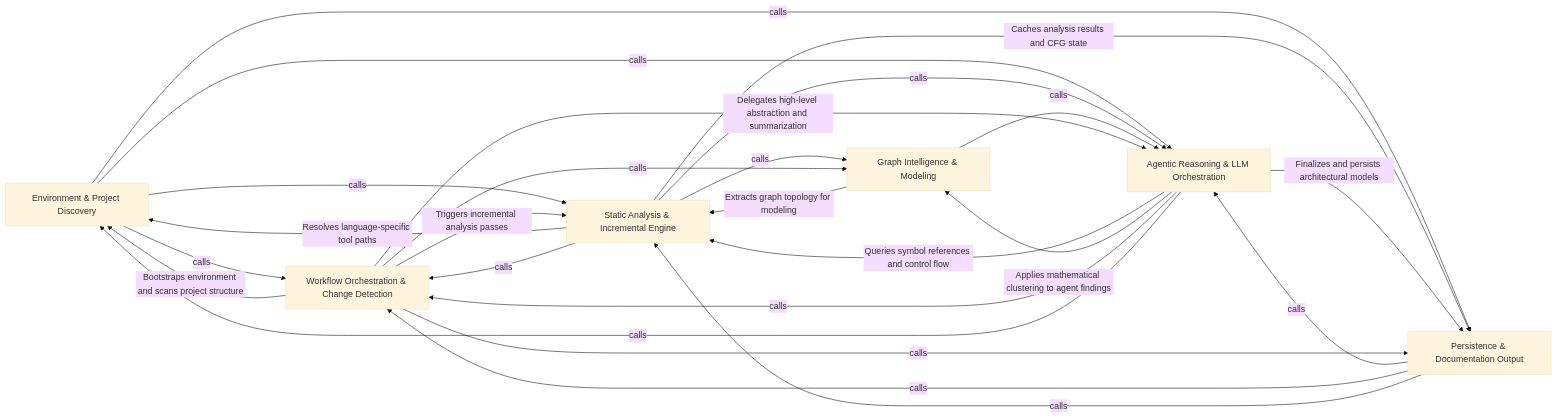
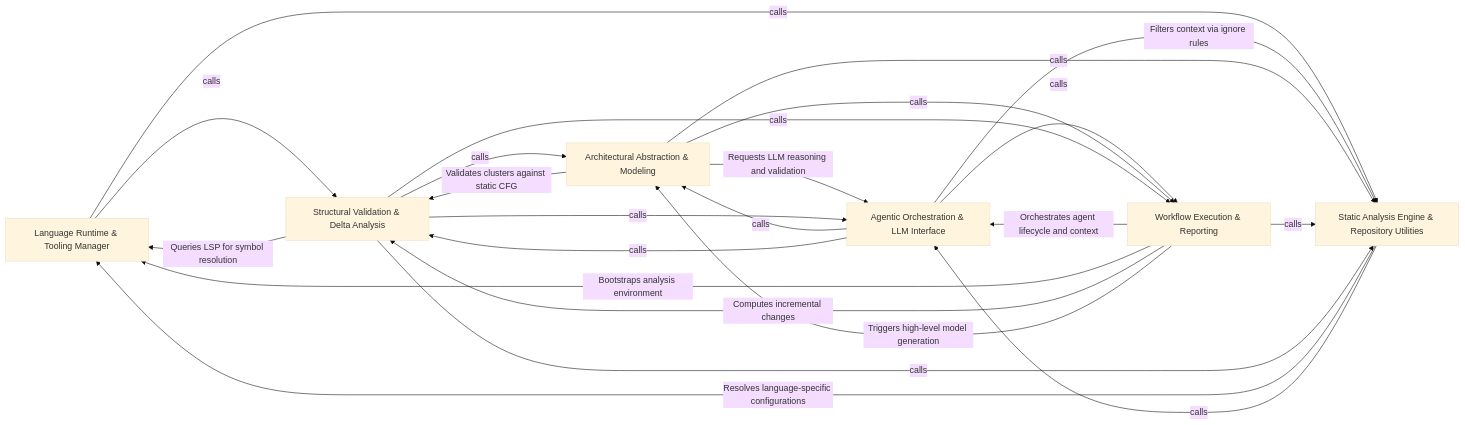
Before and after one commit to CodeBoarding/CodeBoarding: the diagram in .codeboarding/overview.md, drawn with Mermaid (base theme). The commit also changed other lines of this file and 163 other files, not shown here.

Commit message:
chore(codeboarding): sync architecture baseline

````diff
--- a/.codeboarding/overview.md
+++ b/.codeboarding/overview.md
@@ -1,38 +1,37 @@
 ```mermaid
 graph LR
-    Environment_Project_Discovery["Environment & Project Discovery"]
-    Static_Analysis_Incremental_Engine["Static Analysis & Incremental Engine"]
-    Graph_Intelligence_Modeling["Graph Intelligence & Modeling"]
-    Agentic_Reasoning_LLM_Orchestration["Agentic Reasoning & LLM Orchestration"]
-    Workflow_Orchestration_Change_Detection["Workflow Orchestration & Change Detection"]
-    Persistence_Documentation_Output["Persistence & Documentation Output"]
-    Environment_Project_Discovery -- "calls" --> Workflow_Orchestration_Change_Detection
-    Environment_Project_Discovery -- "calls" --> Persistence_Documentation_Output
-    Environment_Project_Discovery -- "calls" --> Static_Analysis_Incremental_Engine
-    Environment_Project_Discovery -- "calls" --> Agentic_Reasoning_LLM_Orchestration
-    Static_Analysis_Incremental_Engine -- "Resolves language-specific tool paths" --> Environment_Project_Discovery
-    Static_Analysis_Incremental_Engine -- "calls" --> Graph_Intelligence_Modeling
-    Static_Analysis_Incremental_Engine -- "calls" --> Agentic_Reasoning_LLM_Orchestration
-    Static_Analysis_Incremental_Engine -- "calls" --> Workflow_Orchestration_Change_Detection
-    Static_Analysis_Incremental_Engine -- "Caches analysis results and CFG state" --> Persistence_Documentation_Output
-    Graph_Intelligence_Modeling -- "Extracts graph topology for modeling" --> Static_Analysis_Incremental_Engine
-    Graph_Intelligence_Modeling -- "calls" --> Agentic_Reasoning_LLM_Orchestration
-    Agentic_Reasoning_LLM_Orchestration -- "Queries symbol references and control flow" --> Static_Analysis_Incremental_Engine
-    Agentic_Reasoning_LLM_Orchestration -- "Applies mathematical clustering to agent findings" --> Graph_Intelligence_Modeling
-    Agentic_Reasoning_LLM_Orchestration -- "calls" --> Workflow_Orchestration_Change_Detection
-    Agentic_Reasoning_LLM_Orchestration -- "Finalizes and persists architectural models" --> Persistence_Documentation_Output
-    Agentic_Reasoning_LLM_Orchestration -- "calls" --> Environment_Project_Discovery
-    Workflow_Orchestration_Change_Detection -- "Bootstraps environment and scans project structure" --> Environment_Project_Discovery
-    Workflow_Orchestration_Change_Detection -- "Triggers incremental analysis passes" --> Static_Analysis_Incremental_Engine
-    Workflow_Orchestration_Change_Detection -- "calls" --> Graph_Intelligence_Modeling
-    Workflow_Orchestration_Change_Detection -- "Delegates high-level abstraction and summarization" --> Agentic_Reasoning_LLM_Orchestration
-    Workflow_Orchestration_Change_Detection -- "calls" --> Persistence_Documentation_Output
-    Persistence_Documentation_Output -- "calls" --> Agentic_Reasoning_LLM_Orchestration
-    Persistence_Documentation_Output -- "calls" --> Workflow_Orchestration_Change_Detection
-    Persistence_Documentation_Output -- "calls" --> Static_Analysis_Incremental_Engine
-    click Environment_Project_Discovery href "https://github.com/CodeBoarding/CodeBoarding/blob/main/.codeboarding/Environment_Project_Discovery.md" "Details"
-    click Static_Analysis_Incremental_Engine href "https://github.com/CodeBoarding/CodeBoarding/blob/main/.codeboarding/Static_Analysis_Incremental_Engine.md" "Details"
-    click Agentic_Reasoning_LLM_Orchestration href "https://github.com/CodeBoarding/CodeBoarding/blob/main/.codeboarding/Agentic_Reasoning_LLM_Orchestration.md" "Details"
-    click Workflow_Orchestration_Change_Detection href "https://github.com/CodeBoarding/CodeBoarding/blob/main/.codeboarding/Workflow_Orchestration_Change_Detection.md" "Details"
-    click Persistence_Documentation_Output href "https://github.com/CodeBoarding/CodeBoarding/blob/main/.codeboarding/Persistence_Documentation_Output.md" "Details"
+    Language_Runtime_Tooling_Manager["Language Runtime & Tooling Manager"]
+    Agentic_Orchestration_LLM_Interface["Agentic Orchestration & LLM Interface"]
+    Architectural_Abstraction_Modeling["Architectural Abstraction & Modeling"]
+    Workflow_Execution_Reporting["Workflow Execution & Reporting"]
+    Structural_Validation_Delta_Analysis["Structural Validation & Delta Analysis"]
+    Static_Analysis_Engine_Repository_Utilities["Static Analysis Engine & Repository Utilities"]
+    Language_Runtime_Tooling_Manager -- "calls" --> Structural_Validation_Delta_Analysis
+    Language_Runtime_Tooling_Manager -- "calls" --> Static_Analysis_Engine_Repository_Utilities
+    Agentic_Orchestration_LLM_Interface -- "calls" --> Architectural_Abstraction_Modeling
+    Agentic_Orchestration_LLM_Interface -- "calls" --> Workflow_Execution_Reporting
+    Agentic_Orchestration_LLM_Interface -- "calls" --> Structural_Validation_Delta_Analysis
+    Agentic_Orchestration_LLM_Interface -- "Filters context via ignore rules" --> Static_Analysis_Engine_Repository_Utilities
+    Architectural_Abstraction_Modeling -- "Requests LLM reasoning and validation" --> Agentic_Orchestration_LLM_Interface
+    Architectural_Abstraction_Modeling -- "Validates clusters against static CFG" --> Structural_Validation_Delta_Analysis
+    Architectural_Abstraction_Modeling -- "calls" --> Workflow_Execution_Reporting
+    Architectural_Abstraction_Modeling -- "calls" --> Static_Analysis_Engine_Repository_Utilities
+    Workflow_Execution_Reporting -- "Orchestrates agent lifecycle and context" --> Agentic_Orchestration_LLM_Interface
+    Workflow_Execution_Reporting -- "Bootstraps analysis environment" --> Language_Runtime_Tooling_Manager
+    Workflow_Execution_Reporting -- "Computes incremental changes" --> Structural_Validation_Delta_Analysis
+    Workflow_Execution_Reporting -- "calls" --> Static_Analysis_Engine_Repository_Utilities
+    Workflow_Execution_Reporting -- "Triggers high-level model generation" --> Architectural_Abstraction_Modeling
+    Structural_Validation_Delta_Analysis -- "Queries LSP for symbol resolution" --> Language_Runtime_Tooling_Manager
+    Structural_Validation_Delta_Analysis -- "calls" --> Architectural_Abstraction_Modeling
+    Structural_Validation_Delta_Analysis -- "calls" --> Static_Analysis_Engine_Repository_Utilities
+    Structural_Validation_Delta_Analysis -- "calls" --> Workflow_Execution_Reporting
+    Structural_Validation_Delta_Analysis -- "calls" --> Agentic_Orchestration_LLM_Interface
+    Static_Analysis_Engine_Repository_Utilities -- "Resolves language-specific configurations" --> Language_Runtime_Tooling_Manager
+    Static_Analysis_Engine_Repository_Utilities -- "calls" --> Agentic_Orchestration_LLM_Interface
+    click Language_Runtime_Tooling_Manager href "https://github.com/CodeBoarding/CodeBoarding/blob/main/.codeboarding/Language_Runtime_Tooling_Manager.md" "Details"
+    click Agentic_Orchestration_LLM_Interface href "https://github.com/CodeBoarding/CodeBoarding/blob/main/.codeboarding/Agentic_Orchestration_LLM_Interface.md" "Details"
+    click Architectural_Abstraction_Modeling href "https://github.com/CodeBoarding/CodeBoarding/blob/main/.codeboarding/Architectural_Abstraction_Modeling.md" "Details"
+    click Workflow_Execution_Reporting href "https://github.com/CodeBoarding/CodeBoarding/blob/main/.codeboarding/Workflow_Execution_Reporting.md" "Details"
+    click Structural_Validation_Delta_Analysis href "https://github.com/CodeBoarding/CodeBoarding/blob/main/.codeboarding/Structural_Validation_Delta_Analysis.md" "Details"
+    click Static_Analysis_Engine_Repository_Utilities href "https://github.com/CodeBoarding/CodeBoarding/blob/main/.codeboarding/Static_Analysis_Engine_Repository_Utilities.md" "Details"
 ```
````
